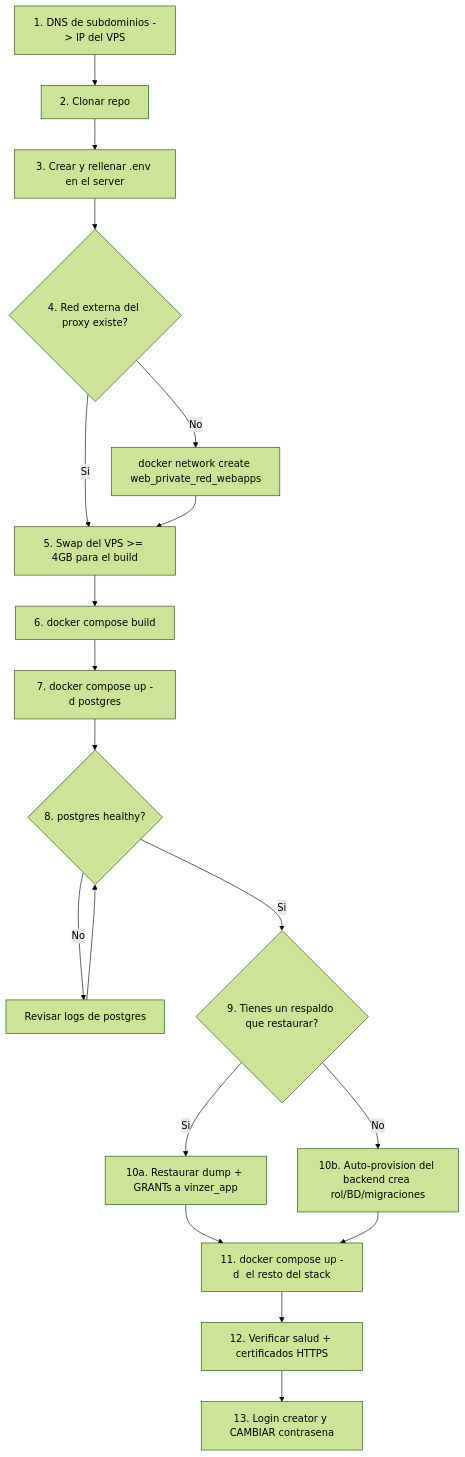
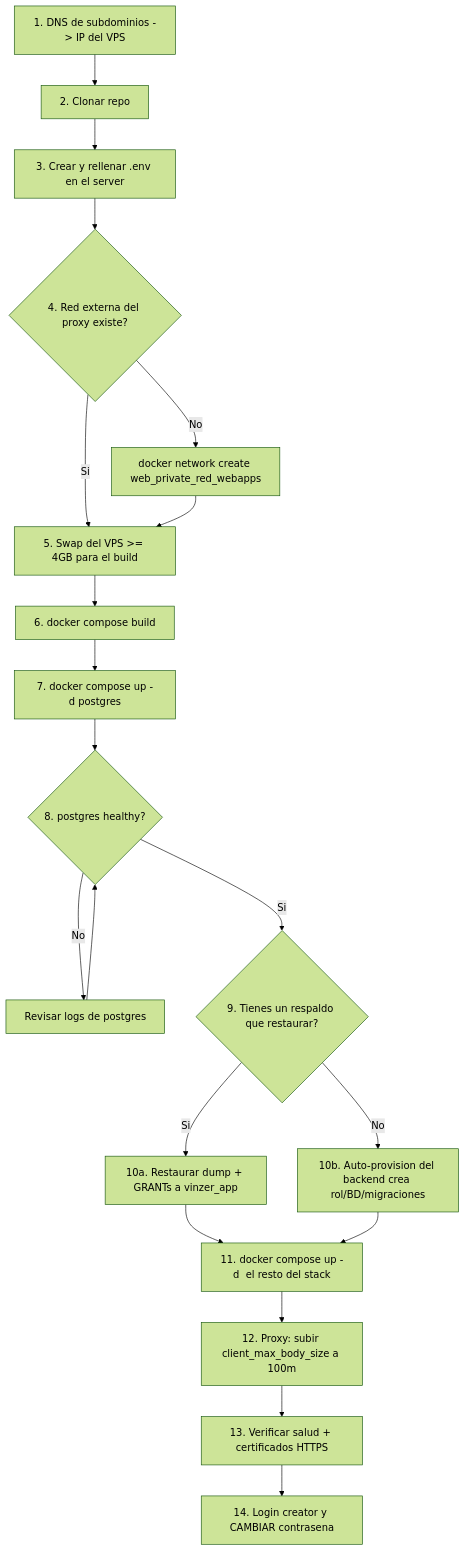
Before and after one commit to DiegoLuQ/saasVinz: the diagram in flujograma.md, drawn with Mermaid (forest theme). The commit also changed other lines of this file and 1 other file, not shown here.

````diff
--- a/flujograma.md
+++ b/flujograma.md
@@ -37,21 +37,22 @@
 ```mermaid
 flowchart TD
     A[1. DNS de subdominios -> IP del VPS] --> B[2. Clonar repo]
     B --> C[3. Crear y rellenar .env en el server]
     C --> D{4. Red externa del proxy existe?}
     D -- No --> D1[docker network create web_private_red_webapps]
     D -- Si --> E[5. Swap del VPS >= 4GB para el build]
     D1 --> E
     E --> F[6. docker compose build]
     F --> G[7. docker compose up -d postgres]
     G --> H{8. postgres healthy?}
     H -- No --> H1[Revisar logs de postgres]
     H1 --> H
     H -- Si --> I{9. Tienes un respaldo que restaurar?}
     I -- Si --> J[10a. Restaurar dump + GRANTs a vinzer_app]
     I -- No --> K[10b. Auto-provision del backend crea rol/BD/migraciones]
     J --> L[11. docker compose up -d  el resto del stack]
     K --> L
-    L --> M[12. Verificar salud + certificados HTTPS]
-    M --> N[13. Login creator y CAMBIAR contrasena]
+    L --> P[12. Proxy: subir client_max_body_size a 100m]
+    P --> M[13. Verificar salud + certificados HTTPS]
+    M --> N[14. Login creator y CAMBIAR contrasena]
 ```
````
